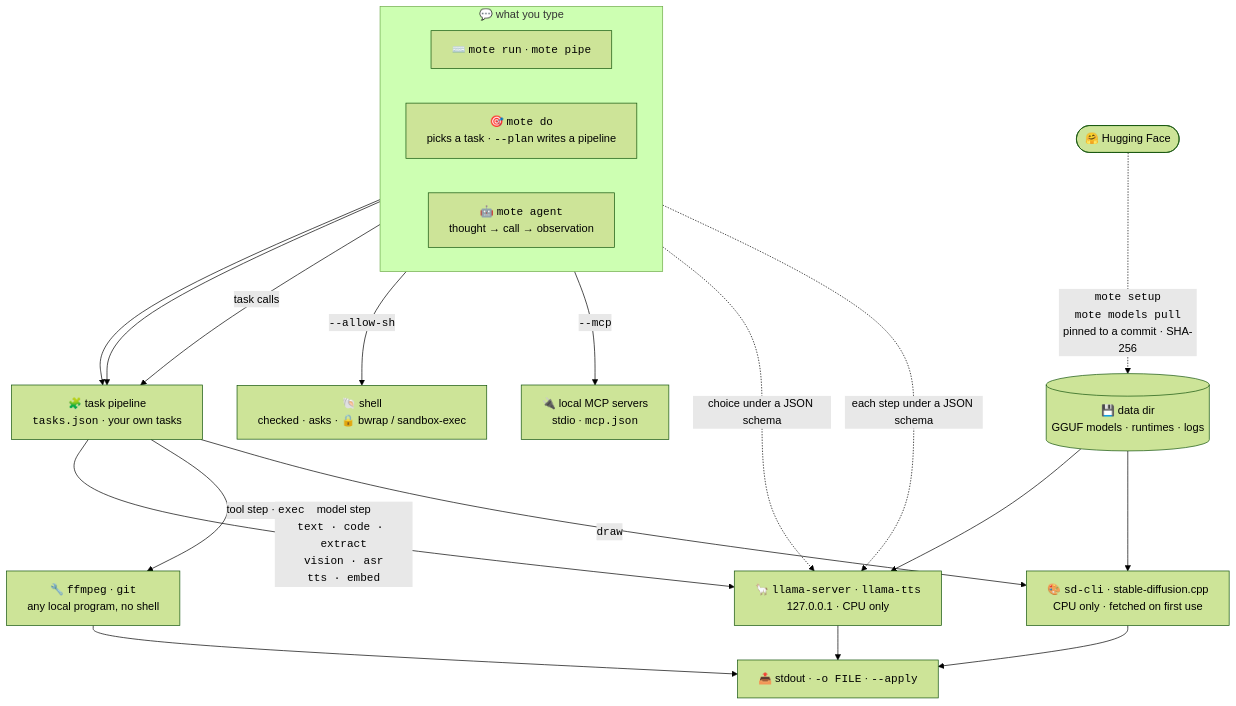
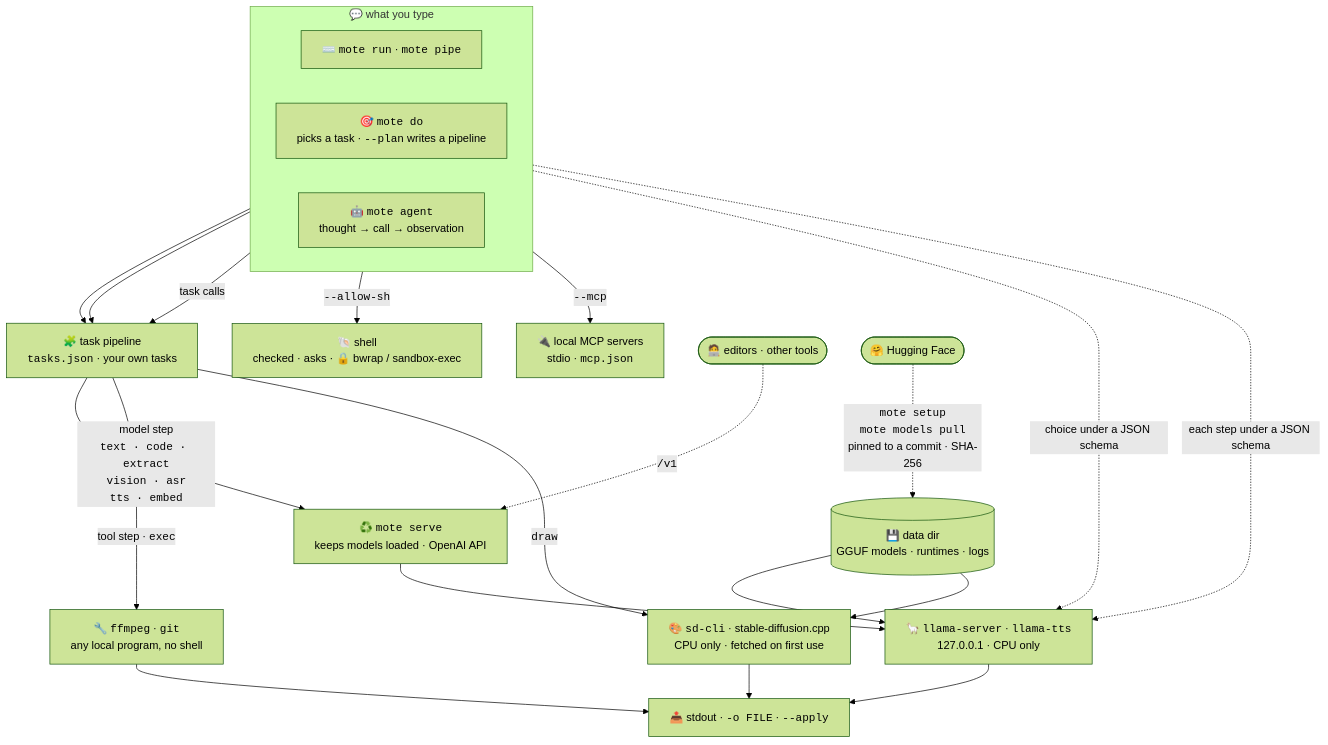
One commit to JGalego/Mote changed the first of 2 diagrams in README.md. Above: the diagram before and after it, drawn with Mermaid (forest theme). The commit also changed other lines of this file and 13 other files, not shown here.

Commit message:
feat: keep models loaded between commands in a resident mote serve, which also offers them to editors through an OpenAI-compatible API

````diff
--- a/README.md
+++ b/README.md
@@ -341,30 +365,32 @@
 ```mermaid
 %%{init: {"flowchart": {"wrappingWidth": 320}}}%%
 flowchart TD
   subgraph ask["💬 what you type"]
     direction LR
     RUN["⌨️ <code>mote run</code> · <code>mote pipe</code>"]
     DO["🎯 <code>mote do</code><br/>picks a task · <code>--plan</code> writes a pipeline"]
     AGENT["🤖 <code>mote agent</code><br/>thought → call → observation"]
   end
 
   RUN --> PIPE["🧩 task pipeline<br/><code>tasks.json</code> · your own tasks"]
   DO --> PIPE
   AGENT -- "task calls" --> PIPE
   AGENT -- "<code>--allow-sh</code>" --> SH["🐚 shell<br/>checked · asks · 🔒 bwrap / sandbox-exec"]
   AGENT -- "<code>--mcp</code>" --> MCP["🔌 local MCP servers<br/>stdio · <code>mcp.json</code>"]
 
-  PIPE -- "model step<br/><code>text · code · extract</code><br/><code>vision · asr</code><br/><code>tts · embed</code>" --> LLAMA["🦙 <code>llama-server</code> · <code>llama-tts</code><br/>127.0.0.1 · CPU only"]
+  PIPE -- "model step<br/><code>text · code · extract</code><br/><code>vision · asr</code><br/><code>tts · embed</code>" --> SERVE["♻️ <code>mote serve</code><br/>keeps models loaded · OpenAI API"]
+  EDITOR(["🧑‍💻 editors · other tools"]) -. "<code>/v1</code>" .-> SERVE
+  SERVE --> LLAMA["🦙 <code>llama-server</code> · <code>llama-tts</code><br/>127.0.0.1 · CPU only"]
   DO -. "choice under a JSON schema" .-> LLAMA
   AGENT -. "each step under a JSON schema" .-> LLAMA
   PIPE -- "tool step · <code>exec</code>" --> TOOLS["🔧 <code>ffmpeg</code> · <code>git</code><br/>any local program, no shell"]
   PIPE -- "<code>draw</code>" --> SD["🎨 <code>sd-cli</code> · stable-diffusion.cpp<br/>CPU only · fetched on first use"]
 
   DATA[("💾 data dir<br/>GGUF models · runtimes · logs")] --> LLAMA
   DATA --> SD
   HF(["🤗 Hugging Face"]) -. "<code>mote setup</code><br/><code>mote models pull</code><br/>pinned to a commit · SHA-256" .-> DATA
 
   LLAMA --> OUT["📤 stdout · <code>-o FILE</code> · <code>--apply</code>"]
   TOOLS --> OUT
   SD --> OUT
 ```
````
